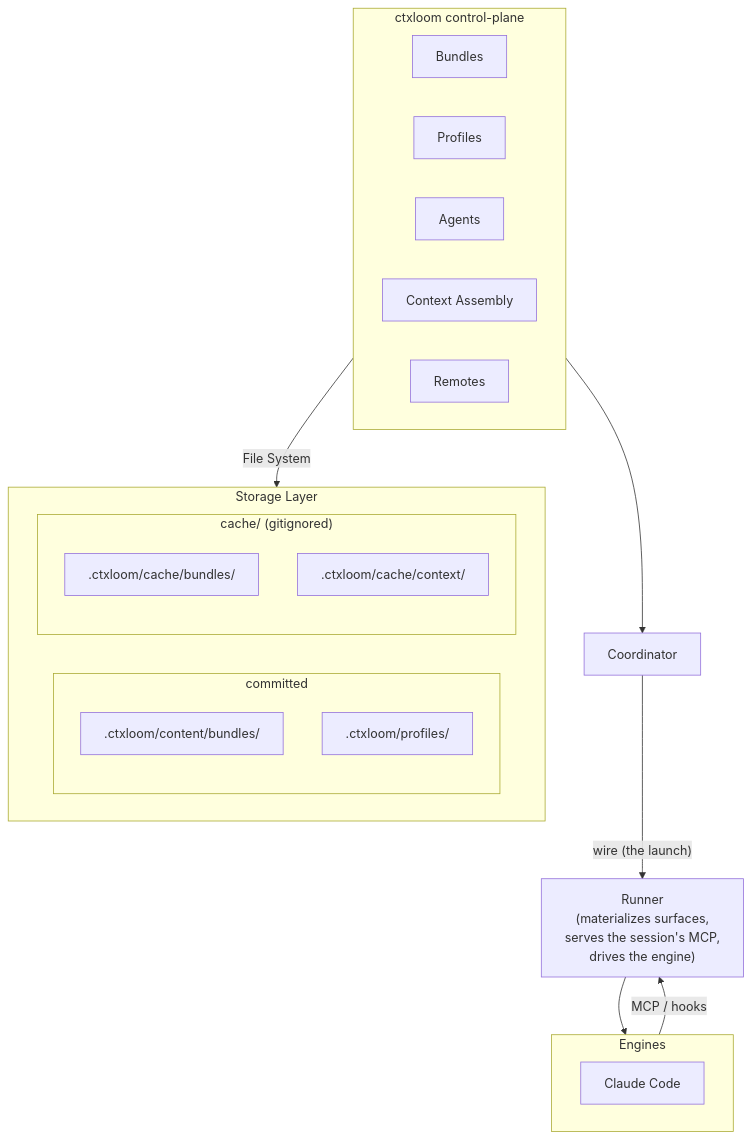
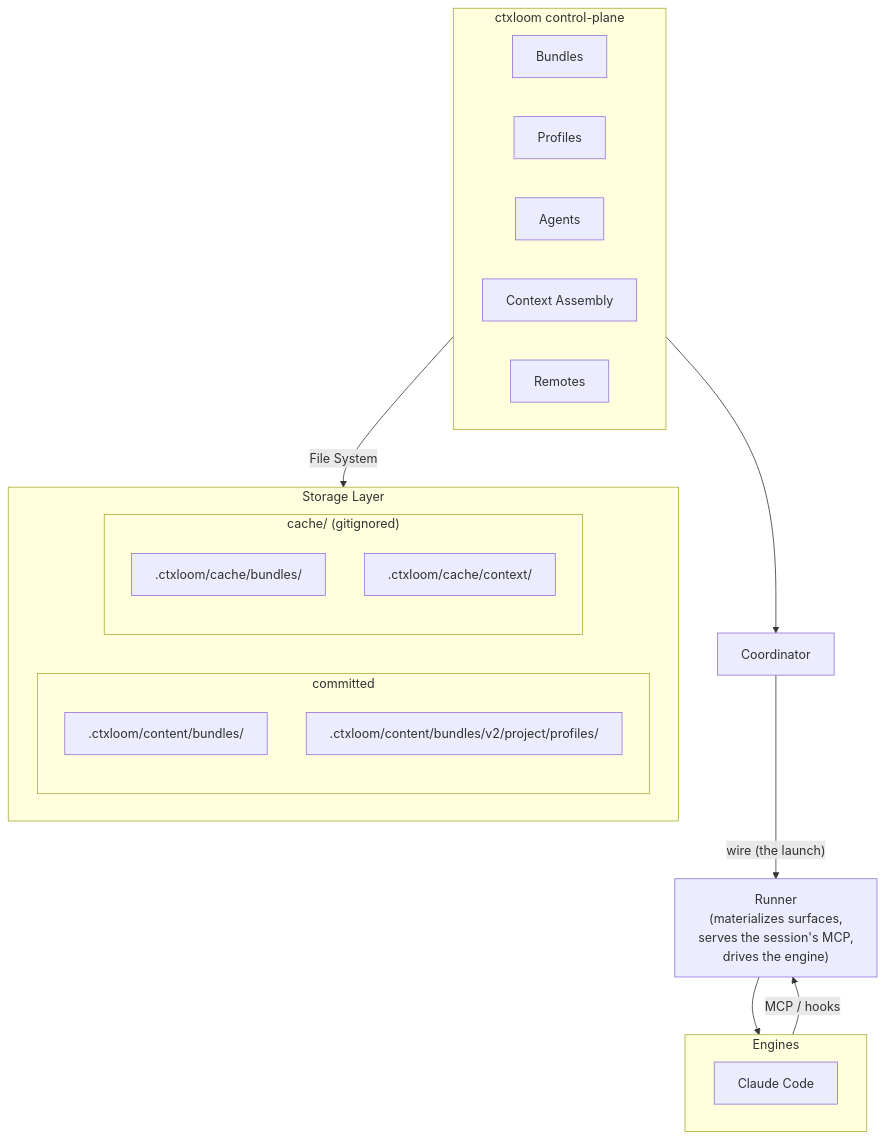
The fifth of 5 diagrams in website/src/content/docs/concepts/architecture.md (ctxloom/ctxloom), drawn with Mermaid before and after one commit. The commit also changed 21 other files, not shown here.

First line of the commit message:
docs(profiles): profiles are the project bundle's items

````diff
--- a/website/src/content/docs/concepts/architecture.md
+++ b/website/src/content/docs/concepts/architecture.md
@@ -439,37 +439,37 @@
 ```mermaid
 flowchart TB
     subgraph Engines["Engines"]
         direction LR
         claude["Claude Code"]
     end
 
     subgraph Core["ctxloom control-plane"]
         direction LR
         bundles["Bundles"]
         profiles["Profiles"]
         agents["Agents"]
         assembly["Context Assembly"]
         remotes["Remotes"]
     end
 
     Core --> Coord["Coordinator"]
     Coord -->|"wire (the launch)"| Runner["Runner<br/>(materializes surfaces,<br/>serves the session's MCP,<br/>drives the engine)"]
     Runner --> Engines
     Engines -->|"MCP / hooks"| Runner
 
     Core -->|"File System"| Storage
 
     subgraph Storage["Storage Layer"]
         direction LR
         subgraph StorageCommitted["committed"]
             direction TB
             sbundles[".ctxloom/content/bundles/"]
-            sprofiles[".ctxloom/profiles/"]
+            sprofiles[".ctxloom/content/bundles/v2/project/profiles/"]
         end
         subgraph StorageCache["cache/ (gitignored)"]
             direction TB
             scachebundles[".ctxloom/cache/bundles/"]
             scontext[".ctxloom/cache/context/"]
         end
     end
 ```
````
